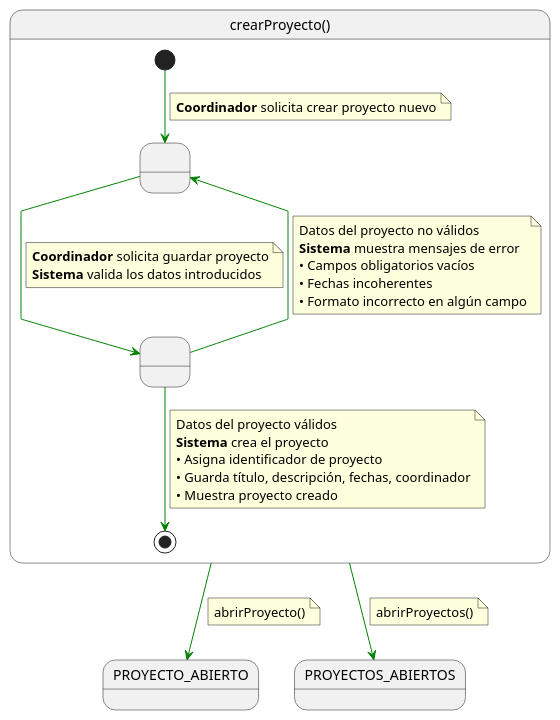
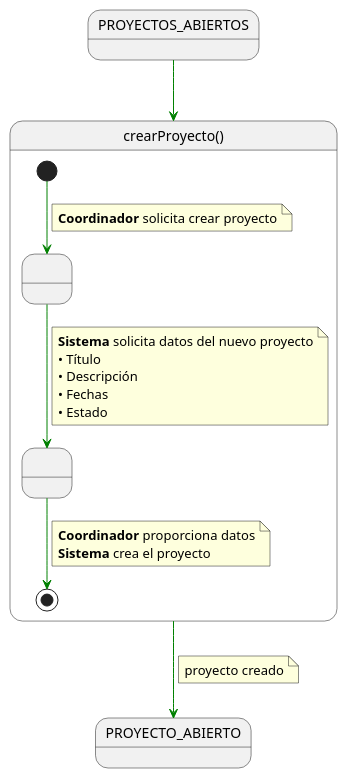
Before and after one commit to 31Diego/25-26-IdSw1-SdR: the diagram in documents/casosDeUso/detalle/coordinador/02-gestion-proyectos/crearProyecto/crearProyecto.puml, drawn with PlantUML. The commit also changed 16 other files, not shown here.

```diff
--- a/documents/casosDeUso/detalle/coordinador/02-gestion-proyectos/crearProyecto/crearProyecto.puml
+++ b/documents/casosDeUso/detalle/coordinador/02-gestion-proyectos/crearProyecto/crearProyecto.puml
@@ -1,50 +1,38 @@
 @startuml crearProyecto
 
 skinparam linetype polyline
 
+PROYECTOS_ABIERTOS -[#green]-> crearProyecto
+
 state crearProyecto as "crearProyecto()" {
 
-    state " " as RellenandoFormulario
-    state " " as ValidandoDatos
+    state " " as SolicitandoDatos
+    state " " as CreandoProyecto
 
-    [*] -[#green]-> RellenandoFormulario
+    [*] -[#green]-> SolicitandoDatos
     note on link
-    <b>Coordinador</b> solicita crear proyecto nuevo
+    <b>Coordinador</b> solicita crear proyecto
     end note
 
-    RellenandoFormulario -[#green]-> ValidandoDatos
+    SolicitandoDatos -[#green]-> CreandoProyecto
     note on link
-    <b>Coordinador</b> solicita guardar proyecto
-    <b>Sistema</b> valida los datos introducidos
+    <b>Sistema</b> solicita datos del nuevo proyecto
+    • Título
+    • Descripción
+    • Fechas
+    • Estado
     end note
 
-    ValidandoDatos -[#green]-> RellenandoFormulario
+    CreandoProyecto -[#green]-> [*]
     note on link
-    Datos del proyecto no válidos
-    <b>Sistema</b> muestra mensajes de error
-    • Campos obligatorios vacíos
-    • Fechas incoherentes
-    • Formato incorrecto en algún campo
-    end note
-
-    ValidandoDatos -[#green]-> [*]
-    note on link
-    Datos del proyecto válidos
+    <b>Coordinador</b> proporciona datos
     <b>Sistema</b> crea el proyecto
-    • Asigna identificador de proyecto
-    • Guarda título, descripción, fechas, coordinador
-    • Muestra proyecto creado
     end note
 }
 
 crearProyecto -[#green]-> PROYECTO_ABIERTO
 note on link
-abrirProyecto()
-end note
-
-crearProyecto -[#green]-> PROYECTOS_ABIERTOS
-note on link
-abrirProyectos()
+proyecto creado
 end note
 
 @enduml
```
